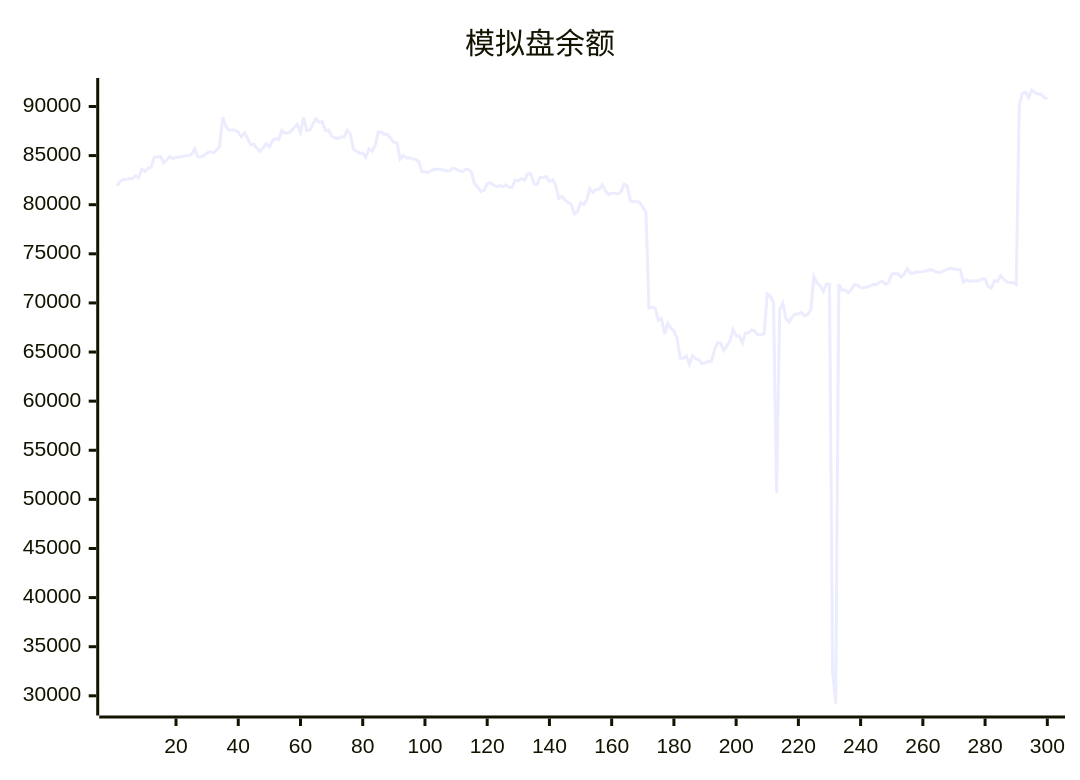
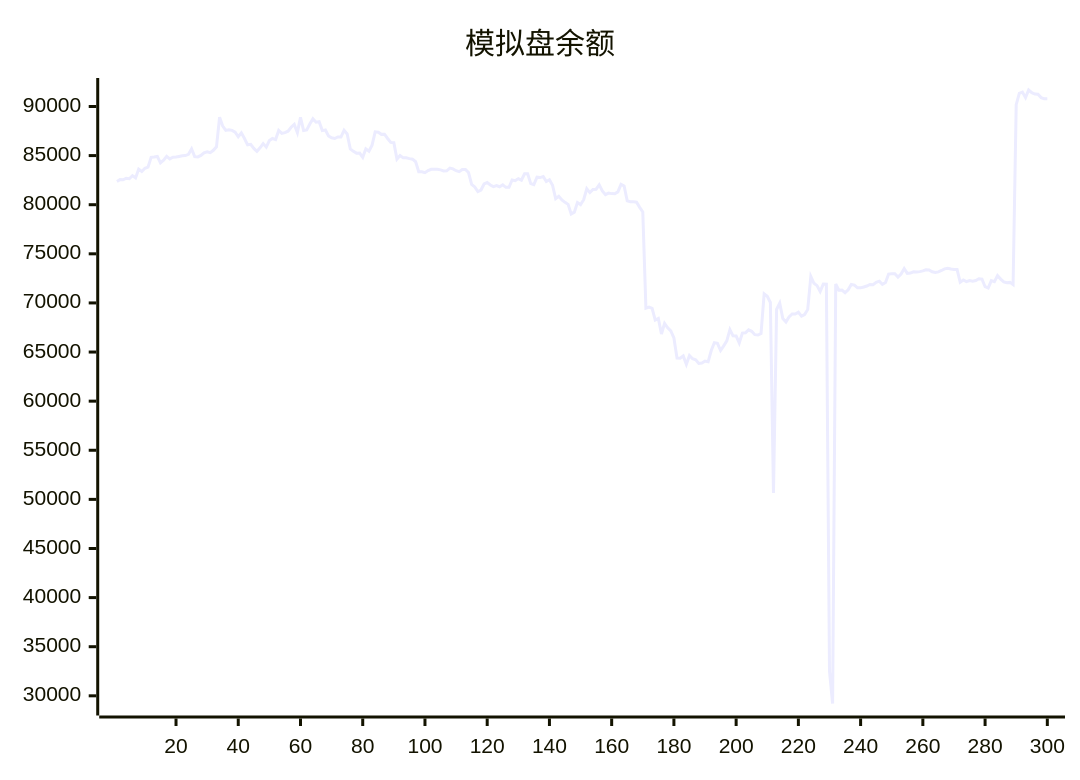
One commit to aahl/ai-trading changed the diagram in README.md. Above: the diagram before and after it, drawn with Mermaid. The commit also changed other lines of this file and 1 other file, not shown here.

````diff
--- a/README.md
+++ b/README.md
@@ -5,5 +5,5 @@
 ```mermaid
 xychart
     title "模拟盘余额"
-    line [81924,82369,82552,82539,82695,82648,82962,82728,83619,83378,83710,83825,84819,84854,84917,84265,84527,84919,84668,84834,84850,84916,84981,85004,85131,85674,84891,84864,85019,85284,85393,85294,85538,85894,88904,88012,87567,87625,87568,87386,86920,87313,86737,86094,86143,85725,85437,85787,86219,85859,86526,86740,86630,87563,87264,87335,87483,87886,88180,87335,88894,87544,87608,88207,88755,88401,88444,87543,87608,87000,86810,86740,86894,86884,87576,87209,85686,85435,85251,85255,84820,85689,85453,86066,87420,87373,87161,87178,86740,86341,86315,84643,85012,84772,84768,84690,84635,84376,83360,83357,83259,83474,83608,83606,83602,83548,83440,83454,83724,83644,83464,83365,83590,83592,83275,82072,81806,81344,81492,82109,82254,82006,81848,81955,81829,82022,81769,81776,82522,82441,82656,82498,83144,83144,82150,82038,82797,82763,82872,82367,82536,81981,80612,80862,80484,80242,80034,79063,79245,80226,80016,80507,81625,81233,81544,81578,82016,81401,81019,81186,81130,81118,81306,82066,81909,80392,80304,80291,80258,79729,79261,69466,69579,69456,68251,68415,66832,67911,67462,67144,66432,64380,64375,64606,63740,64647,64324,64216,63842,63877,64078,64008,65156,65945,65888,65157,65625,66144,67284,66653,66639,65924,66925,66956,67263,67108,66766,66729,66886,70927,70673,70049,50652,69334,69973,68400,68061,68578,68876,68879,69055,68662,68822,69329,72687,71999,71760,71162,71911,71896,32500,29218,71927,71297,71305,71044,71337,71883,71822,71536,71536,71622,71723,71880,71860,72100,72216,71887,72077,72940,72976,72966,72638,72948,73497,73004,73041,73173,73160,73186,73258,73375,73351,73173,73098,73161,73305,73474,73536,73457,73413,73412,72100,72333,72164,72272,72204,72285,72461,72421,71652,71521,72267,72157,72774,72424,72144,72060,72091,71858,90185,91338,91466,90900,91678,91404,91268,91244,90903,90779]
+    line [82369,82552,82539,82695,82648,82962,82728,83619,83378,83710,83825,84819,84854,84917,84265,84527,84919,84668,84834,84850,84916,84981,85004,85131,85674,84891,84864,85019,85284,85393,85294,85538,85894,88904,88012,87567,87625,87568,87386,86920,87313,86737,86094,86143,85725,85437,85787,86219,85859,86526,86740,86630,87563,87264,87335,87483,87886,88180,87335,88894,87544,87608,88207,88755,88401,88444,87543,87608,87000,86810,86740,86894,86884,87576,87209,85686,85435,85251,85255,84820,85689,85453,86066,87420,87373,87161,87178,86740,86341,86315,84643,85012,84772,84768,84690,84635,84376,83360,83357,83259,83474,83608,83606,83602,83548,83440,83454,83724,83644,83464,83365,83590,83592,83275,82072,81806,81344,81492,82109,82254,82006,81848,81955,81829,82022,81769,81776,82522,82441,82656,82498,83144,83144,82150,82038,82797,82763,82872,82367,82536,81981,80612,80862,80484,80242,80034,79063,79245,80226,80016,80507,81625,81233,81544,81578,82016,81401,81019,81186,81130,81118,81306,82066,81909,80392,80304,80291,80258,79729,79261,69466,69579,69456,68251,68415,66832,67911,67462,67144,66432,64380,64375,64606,63740,64647,64324,64216,63842,63877,64078,64008,65156,65945,65888,65157,65625,66144,67284,66653,66639,65924,66925,66956,67263,67108,66766,66729,66886,70927,70673,70049,50652,69334,69973,68400,68061,68578,68876,68879,69055,68662,68822,69329,72687,71999,71760,71162,71911,71896,32500,29218,71927,71297,71305,71044,71337,71883,71822,71536,71536,71622,71723,71880,71860,72100,72216,71887,72077,72940,72976,72966,72638,72948,73497,73004,73041,73173,73160,73186,73258,73375,73351,73173,73098,73161,73305,73474,73536,73457,73413,73412,72100,72333,72164,72272,72204,72285,72461,72421,71652,71521,72267,72157,72774,72424,72144,72060,72091,71858,90185,91338,91466,90900,91678,91404,91268,91244,90903,90779,90787]
 ```
````
